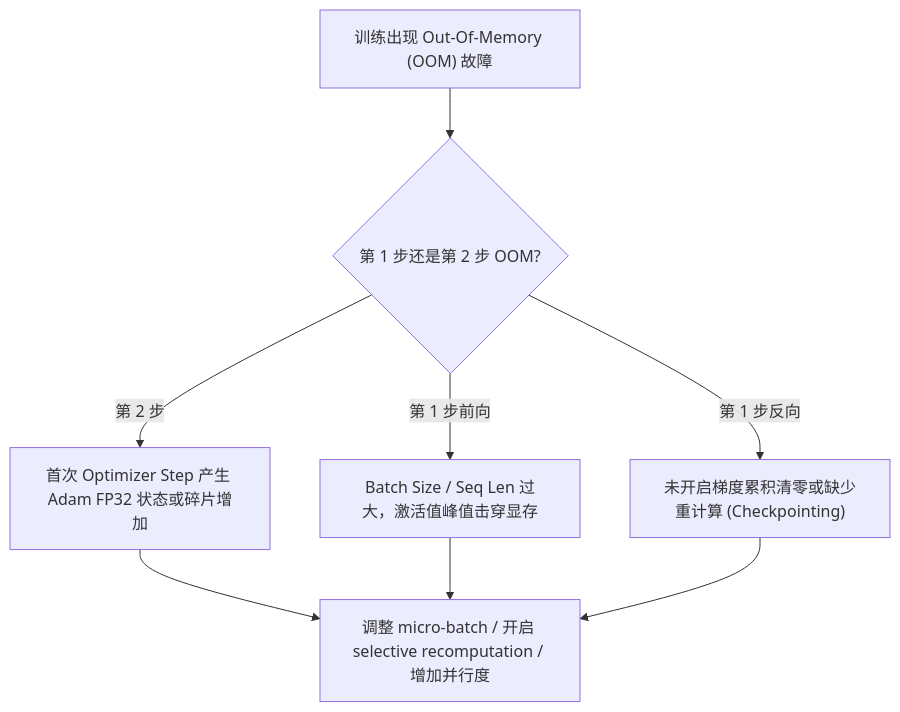
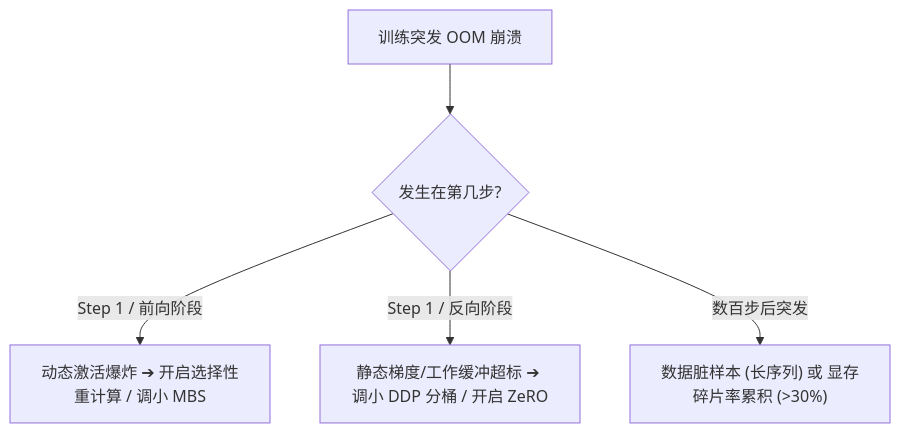
One commit to hsthanb4/hpclearning changed the second of 2 diagrams in train/lesson12.qmd. Above: the diagram before and after it, drawn with Mermaid. The commit also changed other lines of this file and 89 other files, not shown here.

Commit message:
style(docs): relocate images and diagrams adjacent to their textual references across all lessons

````diff
--- a/train/lesson12.qmd
+++ b/train/lesson12.qmd
@@ -43,8 +112,7 @@
 ```{mermaid}
 flowchart TD
-    OOM["训练出现 Out-Of-Memory (OOM) 故障"] --> Check1{"第 1 步还是第 2 步 OOM?"}
-    Check1 -->|第 2 步| Reason1["首次 Optimizer Step 产生 Adam FP32 状态或碎片增加"]
-    Check1 -->|第 1 步前向| Reason2["Batch Size / Seq Len 过大，激活值峰值击穿显存"]
-    Check1 -->|第 1 步反向| Reason3["未开启梯度累积清零或缺少重计算 (Checkpointing)"]
-    Reason1 & Reason2 & Reason3 --> Fix["调整 micro-batch / 开启 selective recomputation / 增加并行度"]
+    OOM["训练突发 OOM 崩溃"] --> CheckTime{"发生在第几步?"}
+    CheckTime -->|Step 1 / 前向阶段| CheckAct["动态激活爆炸 ➔ 开启选择性重计算 / 调小 MBS"]
+    CheckTime -->|Step 1 / 反向阶段| CheckGrad["静态梯度/工作缓冲超标 ➔ 调小 DDP 分桶 / 开启 ZeRO"]
+    CheckTime -->|数百步后突发| CheckData["数据脏样本 (长序列) 或 显存碎片率累积 (>30%)"]
 ```
````
